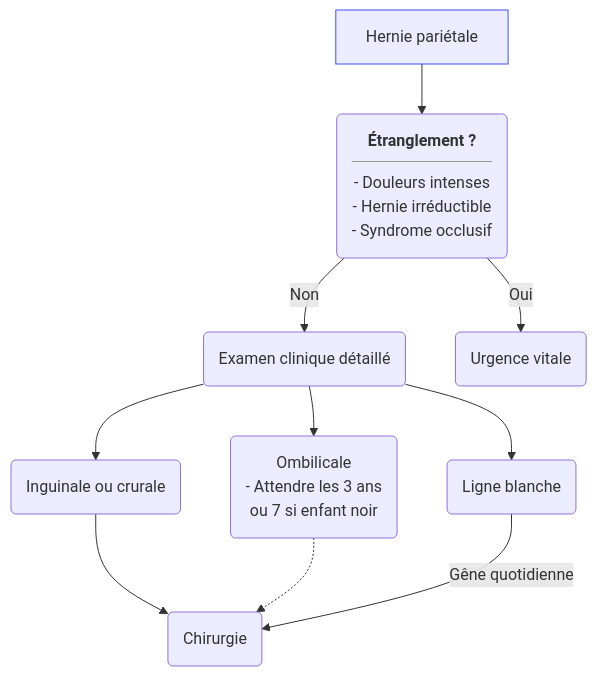
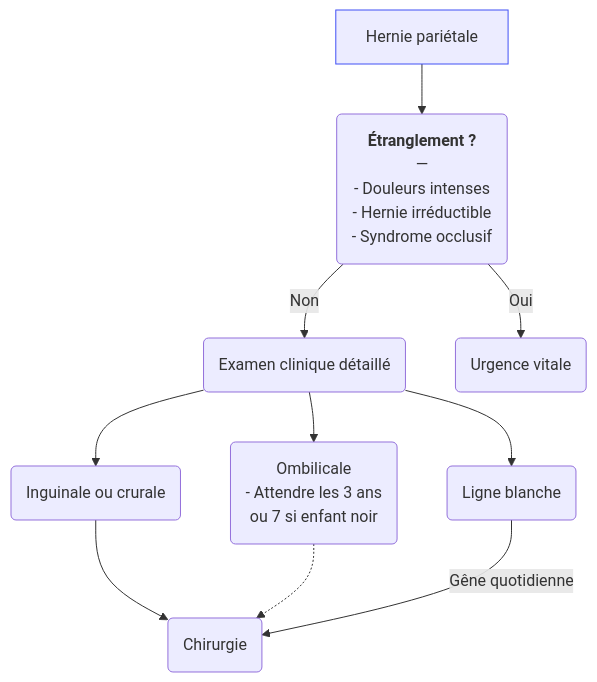
Before and after one commit to djibe/recommandations-medicales: the diagram in content/recommandations/hernie-parietale.md, drawn with Mermaid. The commit also changed 51 other files, not shown here.

```diff
--- a/content/recommandations/hernie-parietale.md
+++ b/content/recommandations/hernie-parietale.md
@@ -146,12 +146,12 @@
 {{< mermaid title="Conduite à tenir et prise en charge d'une hernie pariétale. Dr JB Fron d'après HAS et Collèges" >}}
 graph TB
 accTitle: Conduite à tenir et prise en charge d'une hernie pariétale d'après HAS et Collèges
   hernie[Hernie pariétale]
   style hernie stroke:#4150f5, stroke-width:1px
-    hernie --> etranglement("<b>Étranglement ?</b><hr>- Douleurs intenses<br>- Hernie irréductible<br>- Syndrome occlusif")
+    hernie --> etranglement("<b>Étranglement ?</b><br>—<br>- Douleurs intenses<br>- Hernie irréductible<br>- Syndrome occlusif")
       etranglement -- Non --> clinique(Examen clinique détaillé)
         clinique --> inguinale(Inguinale ou crurale) --> chirurgie(Chirurgie)
         clinique --> ombilicale(Ombilicale<br>- Attendre les 3 ans<br>ou 7 si enfant noir) -.-> chirurgie
         clinique --> ligneBlanche(Ligne blanche) -- Gêne quotidienne --> chirurgie
       etranglement -- Oui --> urgences(Urgence vitale)
 {{< /mermaid >}}
```
